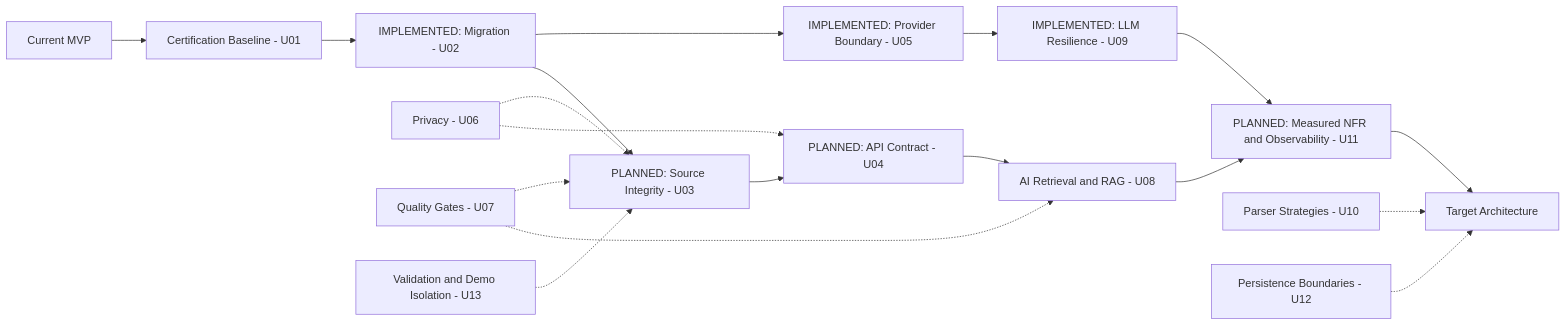
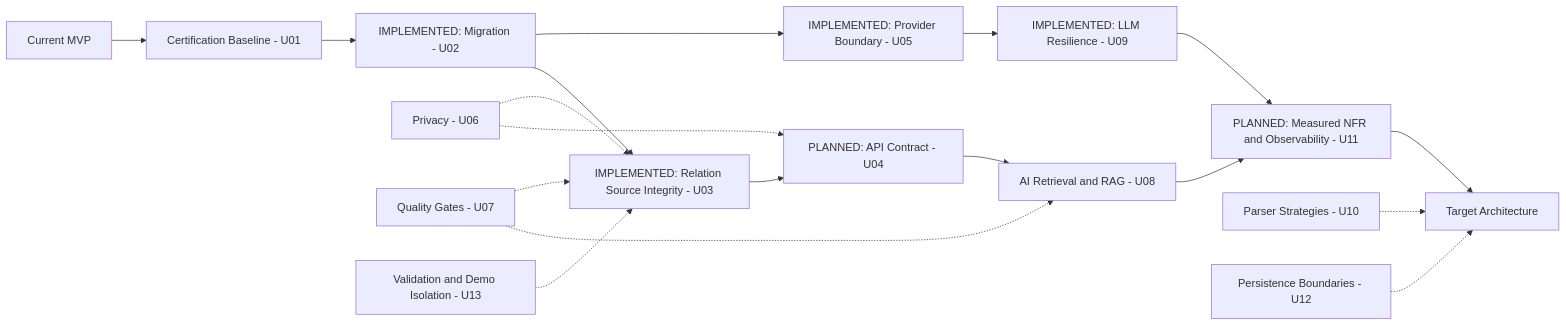
One commit to morshchagin-ivan/vk_social_radar changed the diagram in docs/certification/ARCHITECTURE_EVOLUTION.md. Above: the diagram before and after it, drawn with Mermaid. The commit also changed other lines of this file and 29 other files, not shown here.

````diff
--- a/docs/certification/ARCHITECTURE_EVOLUTION.md
+++ b/docs/certification/ARCHITECTURE_EVOLUTION.md
@@ -5,20 +5,20 @@
 ```mermaid
 flowchart LR
   MVP["Current MVP"] --> Baseline["Certification Baseline - U01"]
   Baseline --> Migration["IMPLEMENTED: Migration - U02"]
   Migration --> Provider["IMPLEMENTED: Provider Boundary - U05"]
   Provider --> Resilience["IMPLEMENTED: LLM Resilience - U09"]
-  Migration --> Data["PLANNED: Source Integrity - U03"]
+  Migration --> Data["IMPLEMENTED: Relation Source Integrity - U03"]
   Data --> Boundaries["PLANNED: API Contract - U04"]
   Boundaries --> RAG["AI Retrieval and RAG - U08"]
   RAG --> Reliability["PLANNED: Measured NFR and Observability - U11"]
   Resilience --> Reliability
   Reliability --> Target["Target Architecture"]
   Privacy["Privacy - U06"] -.-> Data
   Privacy -.-> Boundaries
   Quality["Quality Gates - U07"] -.-> Data
   Quality -.-> RAG
   Parsers["Parser Strategies - U10"] -.-> Target
   Persistence["Persistence Boundaries - U12"] -.-> Target
   Validation["Validation and Demo Isolation - U13"] -.-> Data
 ```
````
